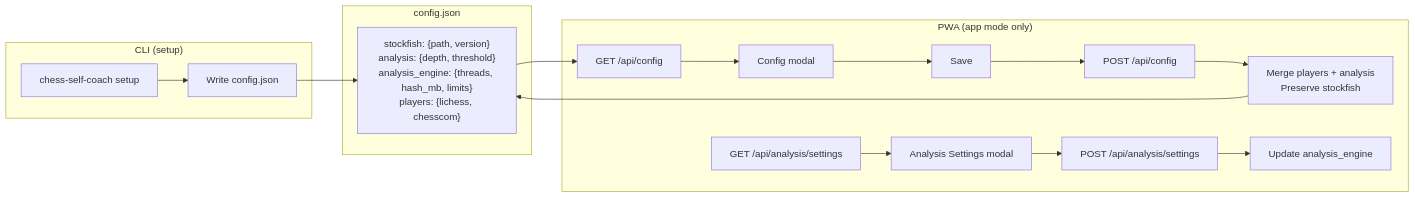
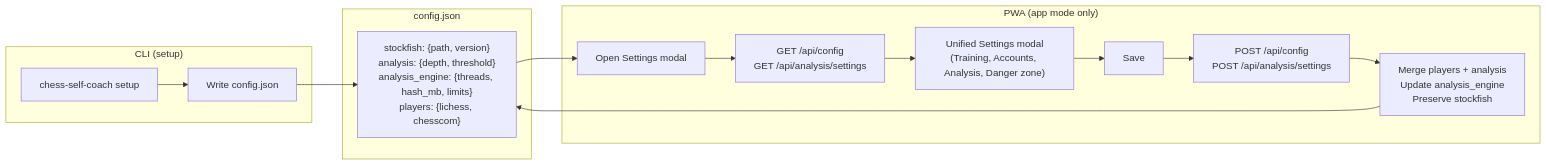
One commit to Bobain/chess-opening-prep changed the fifth of 5 diagrams in docs/flows/user-flows.md. Above: the diagram before and after it, drawn with Mermaid. The commit also changed other lines of this file and 2 other files, not shown here.

Commit message:
Update docs to reflect unified settings modal

````diff
--- a/docs/flows/user-flows.md
+++ b/docs/flows/user-flows.md
@@ -224,24 +224,22 @@
 ```mermaid
 flowchart LR
     subgraph "CLI (setup)"
         SETUP[chess-self-coach setup] --> WRITE[Write config.json]
     end
 
     subgraph "config.json"
         CFG["stockfish: {path, version}<br/>analysis: {depth, threshold}<br/>analysis_engine: {threads, hash_mb, limits}<br/>players: {lichess, chesscom}"]
     end
 
     subgraph "PWA (app mode only)"
-        SHOW[GET /api/config] --> MODAL[Config modal]
+        SHOW["Open Settings modal"] --> FETCH["GET /api/config<br/>GET /api/analysis/settings"]
+        FETCH --> MODAL["Unified Settings modal<br/>(Training, Accounts, Analysis, Danger zone)"]
         MODAL --> SAVE_BTN[Save]
-        SAVE_BTN --> POST[POST /api/config]
-        POST --> MERGE[Merge players + analysis<br/>Preserve stockfish]
-        SHOW2[GET /api/analysis/settings] --> MODAL2[Analysis Settings modal]
-        MODAL2 --> SAVE2[POST /api/analysis/settings]
-        SAVE2 --> MERGE2[Update analysis_engine]
+        SAVE_BTN --> POST["POST /api/config<br/>POST /api/analysis/settings"]
+        POST --> MERGE["Merge players + analysis<br/>Update analysis_engine<br/>Preserve stockfish"]
     end
 
     WRITE --> CFG
     CFG --> SHOW
     MERGE --> CFG
 ```
````
